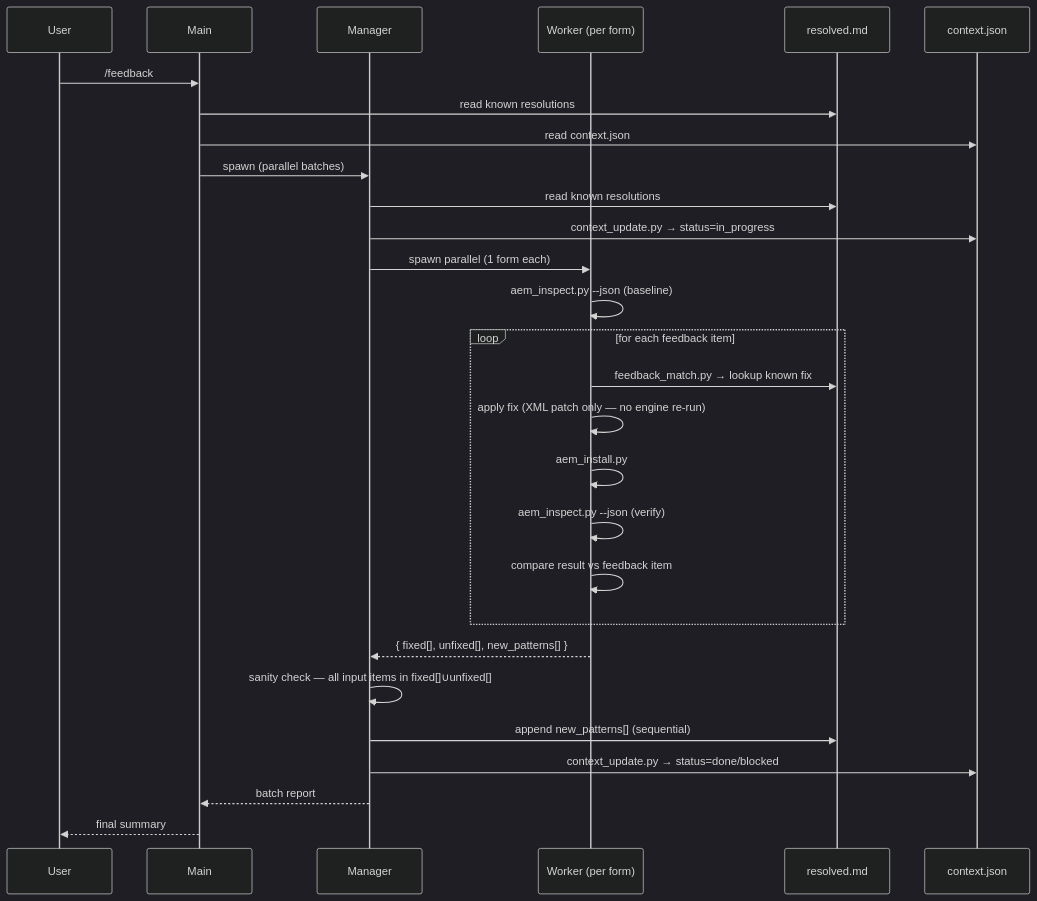
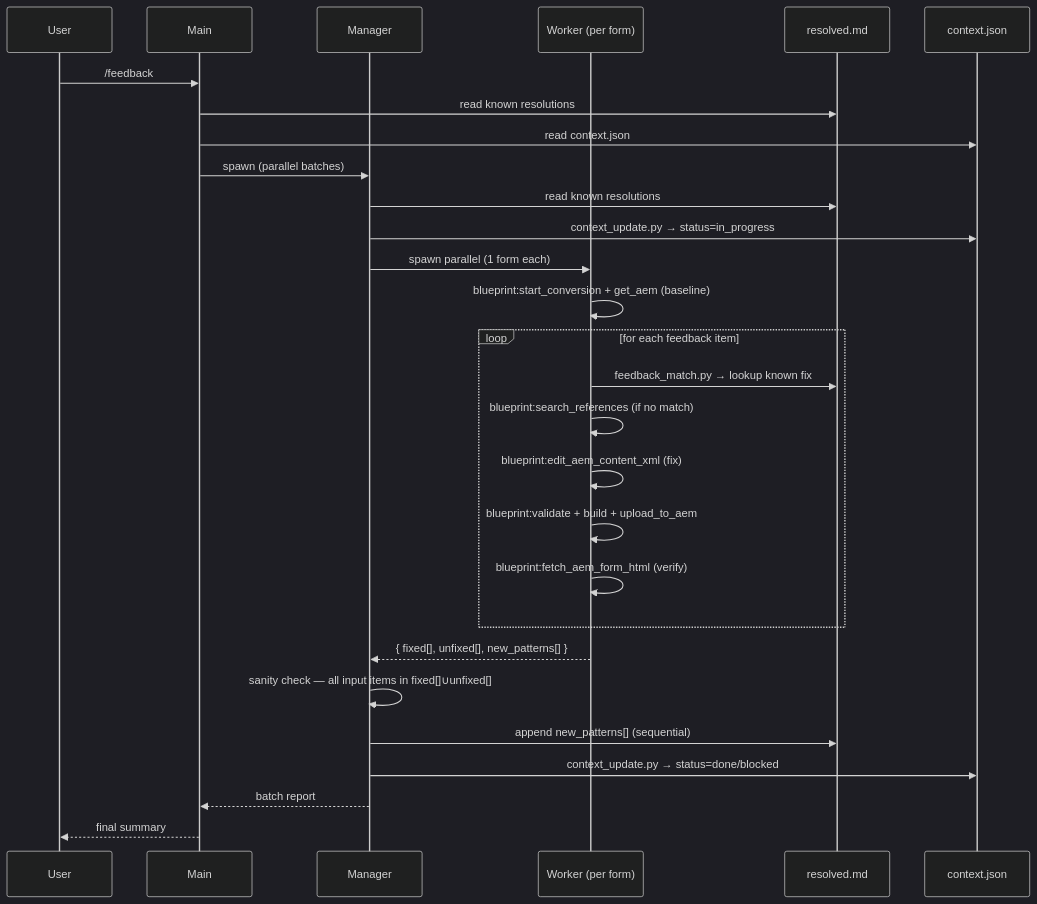
One commit to ajilach/ajila-forms-conversion-engine changed the second of 2 diagrams in docs/feedback-pipeline-plan.md. Above: the diagram before and after it, drawn with Mermaid (dark theme). The commit also changed other lines of this file, not shown here.

First line of the commit message:
integrate blueprint MCP server into feedback pipeline plan

````diff
--- a/docs/feedback-pipeline-plan.md
+++ b/docs/feedback-pipeline-plan.md
@@ -46,37 +46,37 @@
 ```mermaid
 sequenceDiagram
     participant U as User
     participant Main
     participant Mgr as Manager
     participant Wkr as Worker (per form)
     participant R as resolved.md
     participant C as context.json
 
     U->>Main: /feedback
     Main->>R: read known resolutions
     Main->>C: read context.json
     Main->>Mgr: spawn (parallel batches)
 
     Mgr->>R: read known resolutions
     Mgr->>C: context_update.py → status=in_progress
     Mgr->>Wkr: spawn parallel (1 form each)
 
-    Wkr->>Wkr: aem_inspect.py --json (baseline)
+    Wkr->>Wkr: blueprint:start_conversion + get_aem (baseline)
 
     loop for each feedback item
         Wkr->>R: feedback_match.py → lookup known fix
-        Wkr->>Wkr: apply fix (XML patch only — no engine re-run)
-        Wkr->>Wkr: aem_install.py
-        Wkr->>Wkr: aem_inspect.py --json (verify)
-        Wkr->>Wkr: compare result vs feedback item
+        Wkr->>Wkr: blueprint:search_references (if no match)
+        Wkr->>Wkr: blueprint:edit_aem_content_xml (fix)
+        Wkr->>Wkr: blueprint:validate + build + upload_to_aem
+        Wkr->>Wkr: blueprint:fetch_aem_form_html (verify)
     end
 
     Wkr-->>Mgr: { fixed[], unfixed[], new_patterns[] }
 
     Mgr->>Mgr: sanity check — all input items in fixed[]∪unfixed[]
     Mgr->>R: append new_patterns[] (sequential)
     Mgr->>C: context_update.py → status=done/blocked
     Mgr-->>Main: batch report
 
     Main-->>U: final summary
 ```
````
